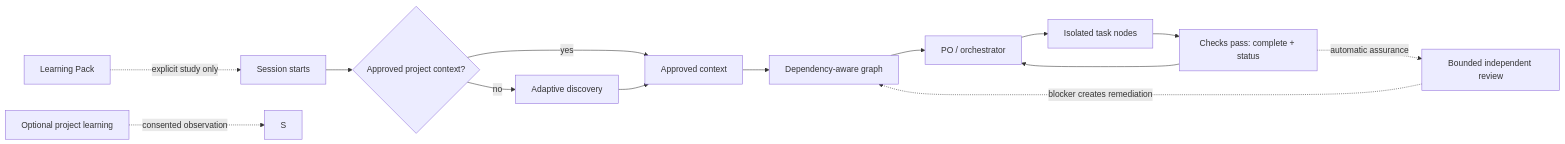
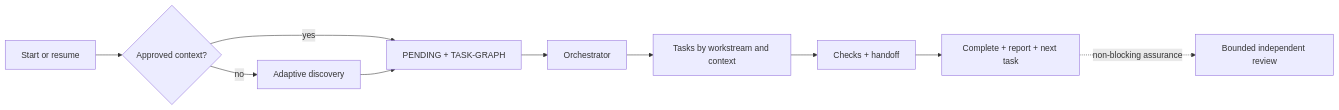
The diagram in README.md (Eduardo-Salvador/Agent-Harness-Kit), drawn with Mermaid before and after one commit. The commit also changed other lines of this file and 1 other file, not shown here.

Commit message:
docs(readme): streamline project overview

````diff
--- a/README.md
+++ b/README.md
@@ -113,15 +76,12 @@
 ```mermaid
 flowchart LR
-    H[Session starts] --> I{Approved project context?}
-    I -- no --> D[Adaptive discovery]
-    I -- yes --> A[Approved context]
-    D --> A --> G[Dependency-aware graph]
-    G --> O[PO / orchestrator]
-    O --> W[Isolated task nodes]
-    W --> X[Checks pass: complete + status]
-    X --> O
-    X -. automatic assurance .-> V[Bounded independent review]
-    V -. blocker creates remediation .-> G
-    L[Optional project learning] -. consented observation .-> S
-    P[Learning Pack] -. explicit study only .-> H
+    S[Start or resume] --> C{Approved context?}
+    C -- no --> D[Adaptive discovery]
+    C -- yes --> P[PENDING + TASK-GRAPH]
+    D --> P
+    P --> O[Orchestrator]
+    O --> T[Tasks by workstream and context]
+    T --> H[Checks + handoff]
+    H --> X[Complete + report + next task]
+    X -. non-blocking assurance .-> R[Bounded independent review]
 ```
````
